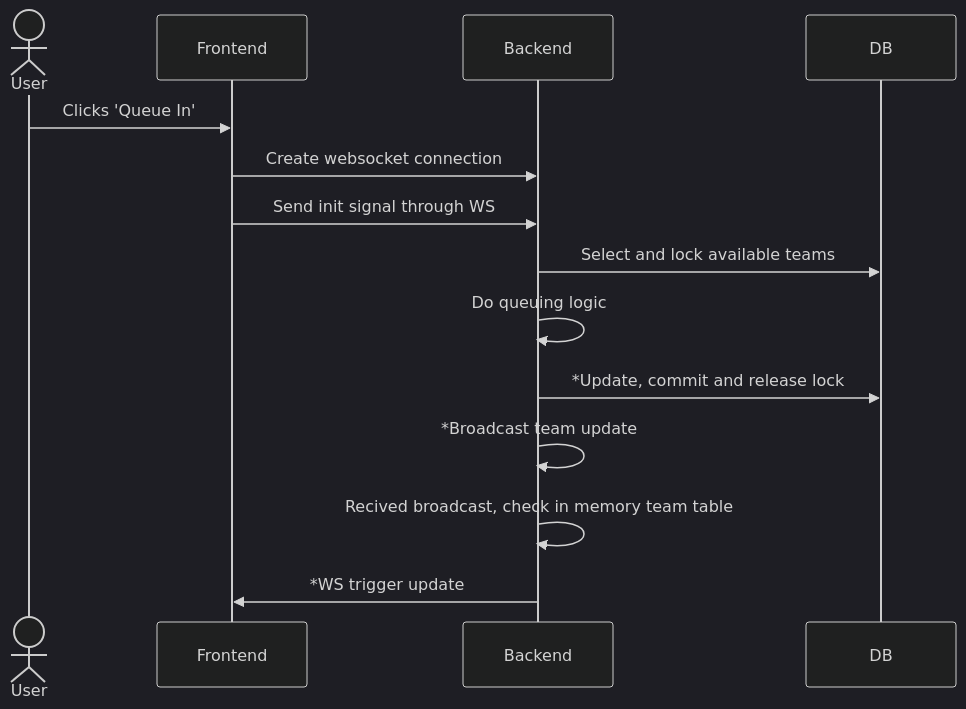
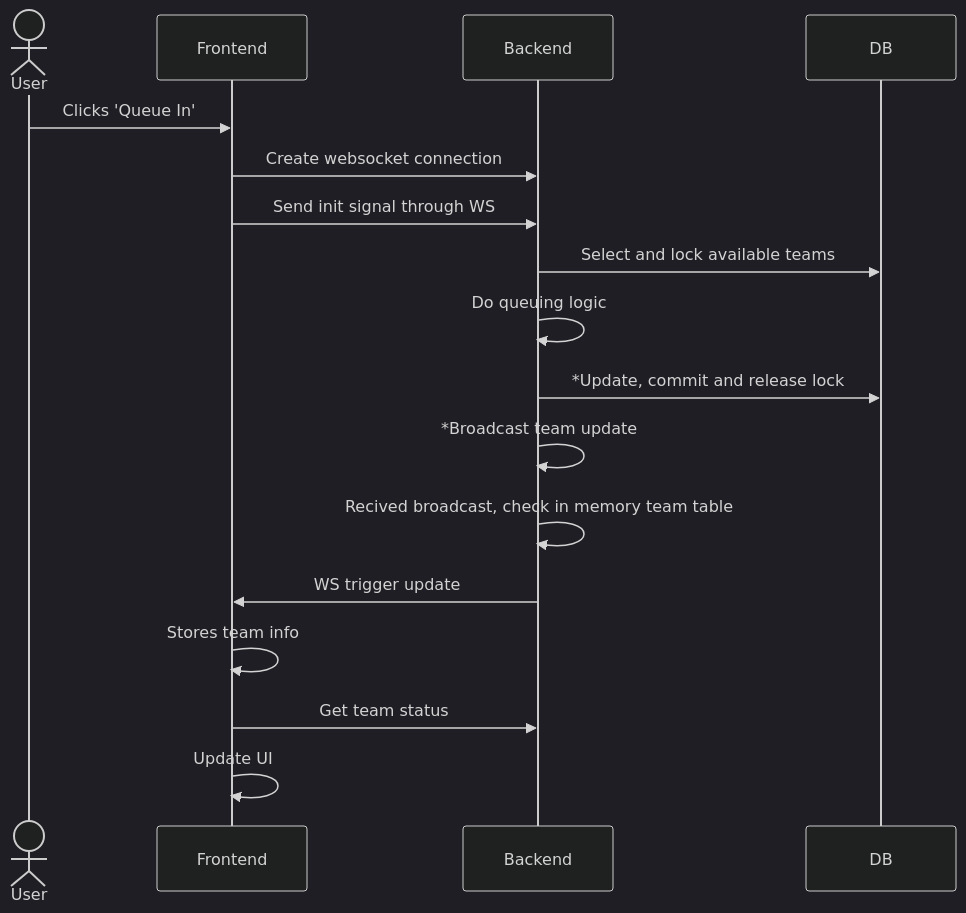
One commit to AlexFangSW/Typephoon changed the first of 2 diagrams in docs/workflows/lobby_multi.md. Above: the diagram before and after it, drawn with Mermaid (dark theme). The commit also changed other lines of this file and 1 other file, not shown here.

````diff
--- a/docs/workflows/lobby_multi.md
+++ b/docs/workflows/lobby_multi.md
@@ -30,13 +3,16 @@
 ```mermaid
 sequenceDiagram
     actor User
     User ->> Frontend: Clicks 'Queue In'
     Frontend ->> Backend: Create websocket connection 
     Frontend ->> Backend: Send init signal through WS
     Backend ->> DB: Select and lock available teams 
     Backend ->> Backend: Do queuing logic
     Backend ->> DB: *Update, commit and release lock
     Backend ->> Backend: *Broadcast team update
     Backend ->> Backend: Recived broadcast, check in memory team table
-    Backend ->> Frontend: *WS trigger update
+    Backend ->> Frontend: WS trigger update
+    Frontend ->> Frontend: Stores team info
+    Frontend ->> Backend: Get team status
+    Frontend ->> Frontend: Update UI
 ```
````
